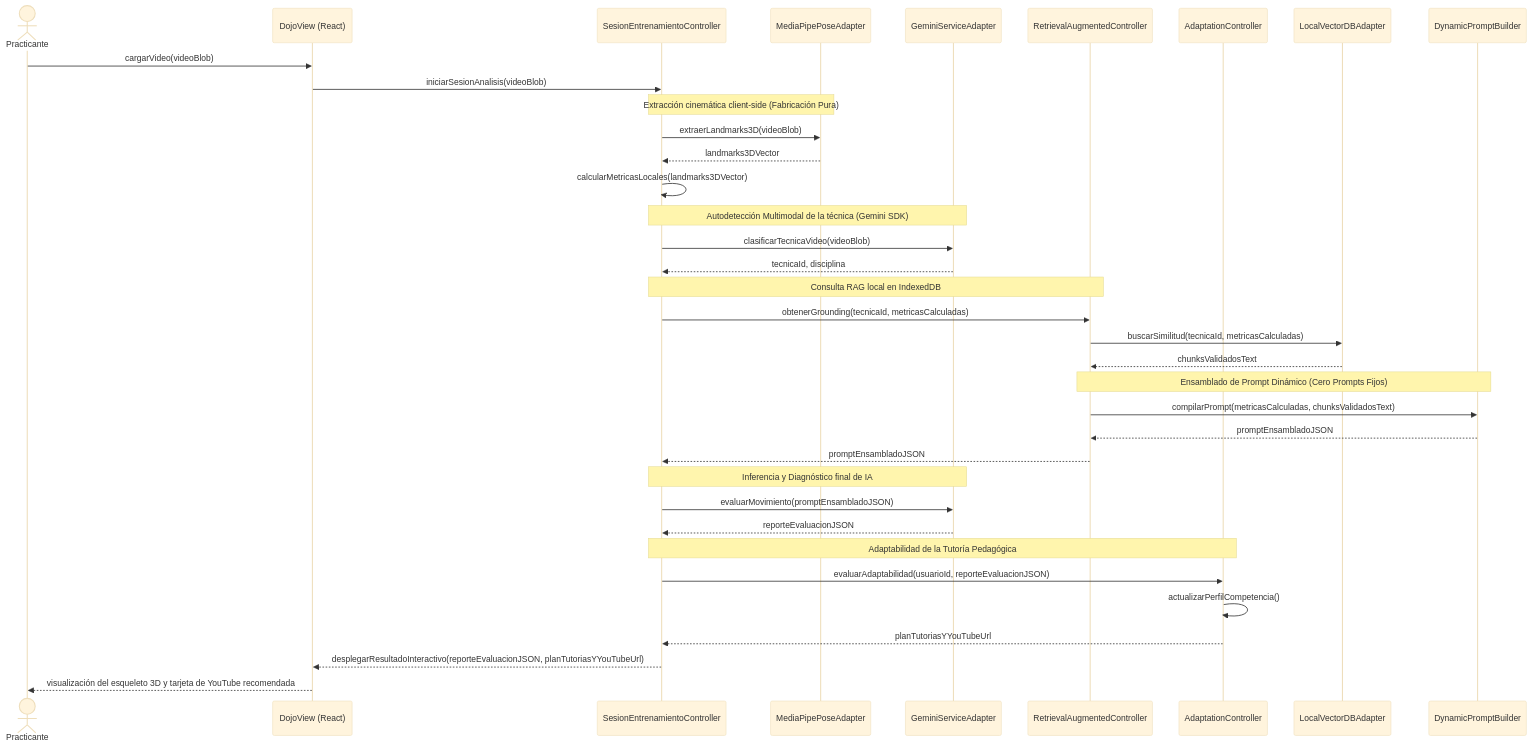
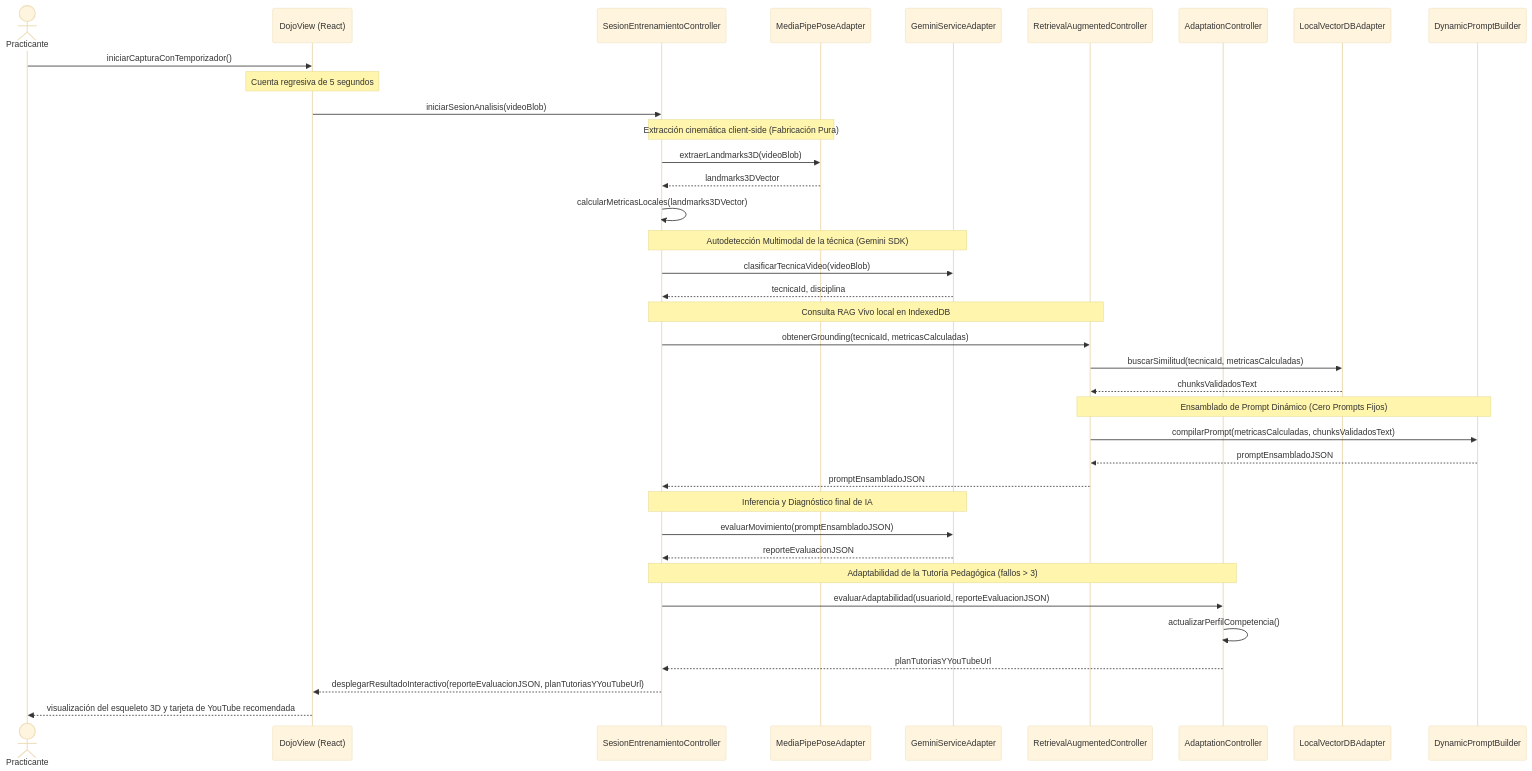
The eighth of 11 diagrams in README.md (Tsmrain/Documentacion), drawn with Mermaid (base theme) before and after one commit. The commit also changed other lines of this file, not shown here.

Commit message:
docs: refine documentation to clarify RAG implementation, pedagogy, and system architecture for OpenBJJ

````diff
--- a/README.md
+++ b/README.md
@@ -960,46 +946,47 @@
 ```mermaid
 sequenceDiagram
     actor Practicante
     participant UI as DojoView (React)
     participant SEC as SesionEntrenamientoController
     participant MPA as MediaPipePoseAdapter
     participant GSA as GeminiServiceAdapter
     participant RAC as RetrievalAugmentedController
     participant ADC as AdaptationController
     participant VDB as LocalVectorDBAdapter
     participant TPB as DynamicPromptBuilder
     
-    Practicante->>UI: cargarVideo(videoBlob)
+    Practicante->>UI: iniciarCapturaConTemporizador()
+    Note over UI: Cuenta regresiva de 5 segundos
     UI->>SEC: iniciarSesionAnalisis(videoBlob)
     
     Note over SEC,MPA: Extracción cinemática client-side (Fabricación Pura)
     SEC->>MPA: extraerLandmarks3D(videoBlob)
     MPA-->>SEC: landmarks3DVector
     SEC->>SEC: calcularMetricasLocales(landmarks3DVector)
     
     Note over SEC,GSA: Autodetección Multimodal de la técnica (Gemini SDK)
     SEC->>GSA: clasificarTecnicaVideo(videoBlob)
     GSA-->>SEC: tecnicaId, disciplina
     
-    Note over SEC,RAC: Consulta RAG local en IndexedDB
+    Note over SEC,RAC: Consulta RAG Vivo local en IndexedDB
     SEC->>RAC: obtenerGrounding(tecnicaId, metricasCalculadas)
     RAC->>VDB: buscarSimilitud(tecnicaId, metricasCalculadas)
     VDB-->>RAC: chunksValidadosText
     
     Note over RAC,TPB: Ensamblado de Prompt Dinámico (Cero Prompts Fijos)
     RAC->>TPB: compilarPrompt(metricasCalculadas, chunksValidadosText)
     TPB-->>RAC: promptEnsambladoJSON
     RAC-->>SEC: promptEnsambladoJSON
     
     Note over SEC,GSA: Inferencia y Diagnóstico final de IA
     SEC->>GSA: evaluarMovimiento(promptEnsambladoJSON)
     GSA-->>SEC: reporteEvaluacionJSON
     
-    Note over SEC,ADC: Adaptabilidad de la Tutoría Pedagógica
+    Note over SEC,ADC: Adaptabilidad de la Tutoría Pedagógica (fallos > 3)
     SEC->>ADC: evaluarAdaptabilidad(usuarioId, reporteEvaluacionJSON)
     ADC->>ADC: actualizarPerfilCompetencia()
     ADC-->>SEC: planTutoriasYYouTubeUrl
     
     SEC-->>UI: desplegarResultadoInteractivo(reporteEvaluacionJSON, planTutoriasYYouTubeUrl)
     UI-->>Practicante: visualización del esqueleto 3D y tarjeta de YouTube recomendada
 ```
````
